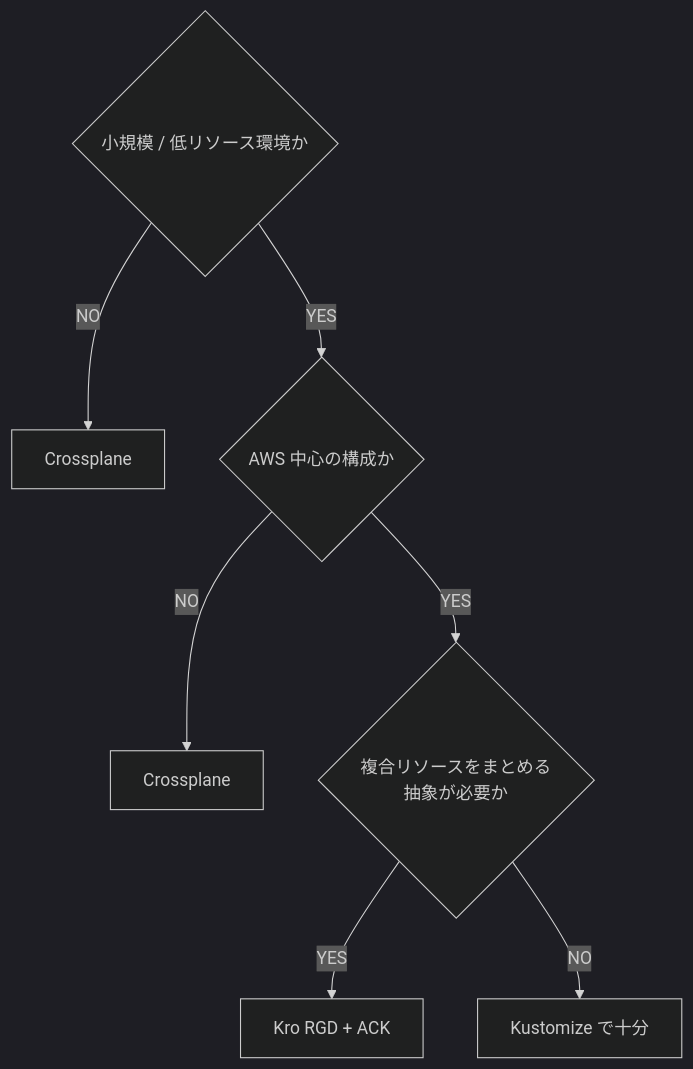
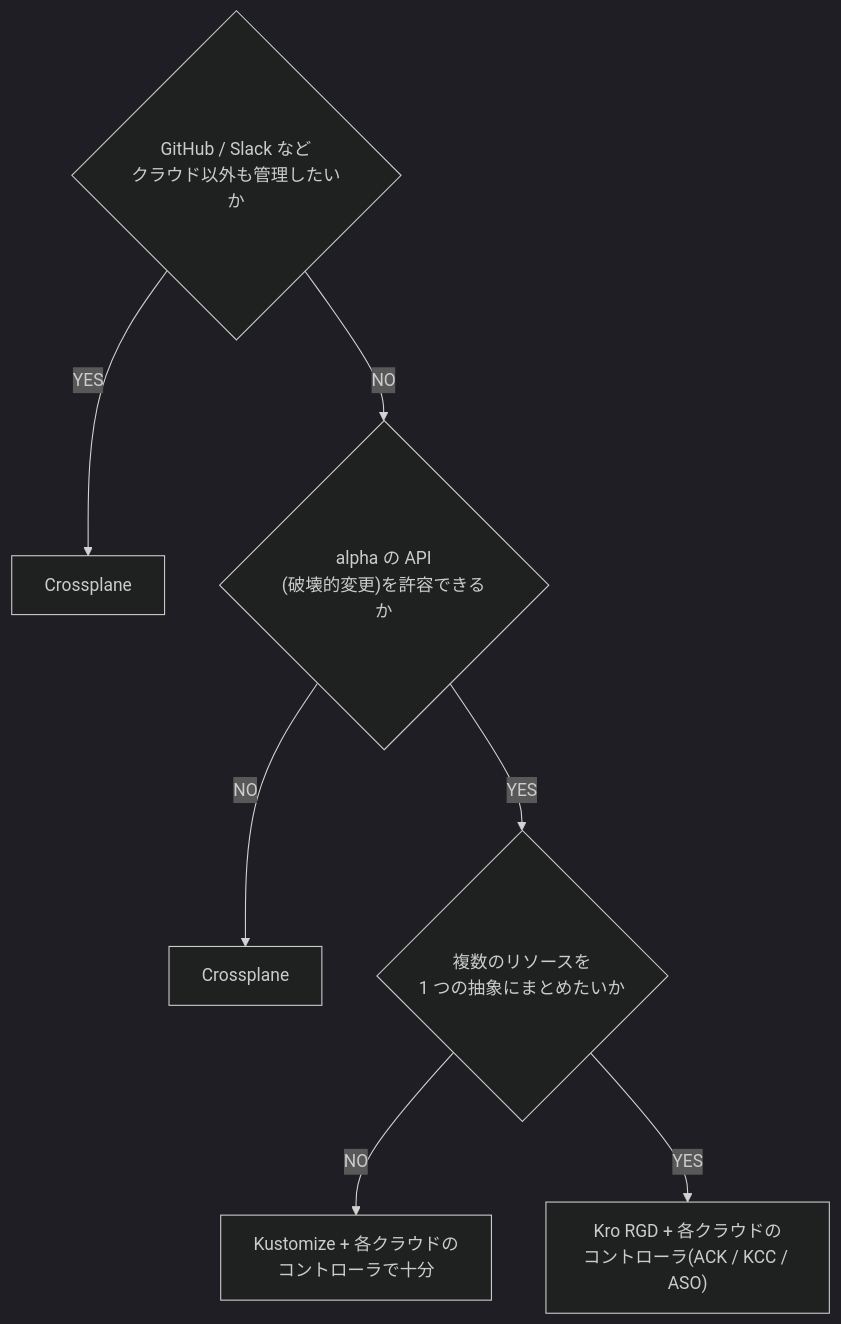
One commit to shinichitazawa/zenn-articles changed the second of 2 diagrams in articles/005-kro-vs-crossplane.md. Above: the diagram before and after it, drawn with Mermaid (dark theme). The commit also changed other lines of this file, not shown here.

Commit message:
fix(005): 採用判断をクラウドの数で分けない(Kro も KCC / ASO を束ねられる)。state の誤った説明とリンクを外し、Crossplane を v2.4.2 に更新

````diff
--- a/articles/005-kro-vs-crossplane.md
+++ b/articles/005-kro-vs-crossplane.md
@@ -267,10 +268,10 @@
 ```mermaid
 flowchart TB
-  Q1{小規模 / 低リソース環境か}
-  Q1 -->|NO| CP1[Crossplane]
-  Q1 -->|YES| Q2{AWS 中心の構成か}
+  Q1{"GitHub / Slack など<br/>クラウド以外も管理したいか"}
+  Q1 -->|YES| CP1[Crossplane]
+  Q1 -->|NO| Q2{"alpha の API<br/>(破壊的変更)を許容できるか"}
   Q2 -->|NO| CP2[Crossplane]
-  Q2 -->|YES| Q3{複合リソースをまとめる<br/>抽象が必要か}
-  Q3 -->|YES| KRO[Kro RGD + ACK]
-  Q3 -->|NO| KUS[Kustomize で十分]
+  Q2 -->|YES| Q3{"複数のリソースを<br/>1 つの抽象にまとめたいか"}
+  Q3 -->|NO| KUS["Kustomize + 各クラウドの<br/>コントローラで十分"]
+  Q3 -->|YES| KRO["Kro RGD + 各クラウドの<br/>コントローラ(ACK / KCC / ASO)"]
 ```
````
